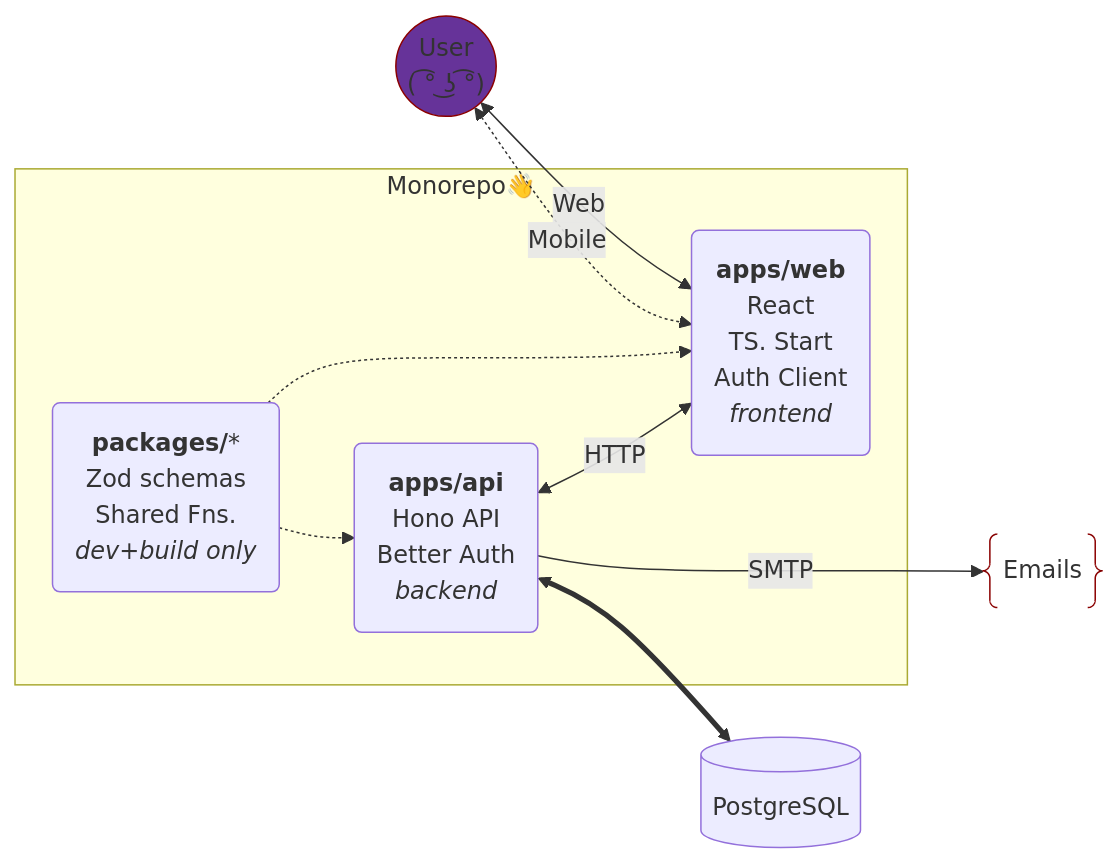
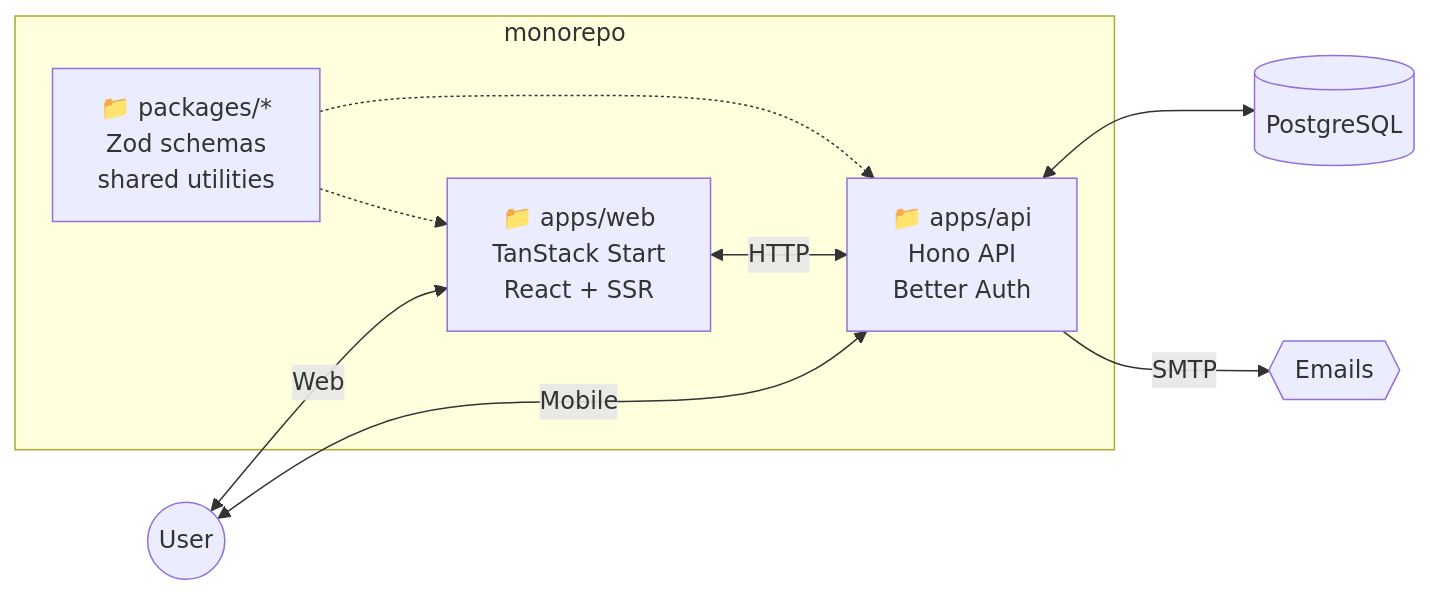
The diagram in README.md (SubZtep/admin-starter), drawn with Mermaid before and after one commit. The commit also changed 1 other file, not shown here.

Commit message:
simpler dia

````diff
--- a/README.md
+++ b/README.md
@@ -13,31 +13,22 @@
 ```mermaid
 flowchart LR
-  subgraph "Monorepo👋"
-  A("`**apps/api**
-  Hono API
-  Better Auth
-  _backend_</small>
-  `")
-  W("`**apps/web**
-  React
-  TS. Start
-  Auth Client
-  _frontend_`")
-  S("`**packages/***
-  Zod schemas
-  Shared Fns.
-  _dev+build only_`")
+  subgraph "monorepo"
+    A["📁 apps/api<br/>Hono API<br/>Better Auth"]
+    W["📁 apps/web<br/>TanStack Start<br/>React + SSR"]
+    S["📁 packages/*<br/>Zod schemas<br/>shared utilities"]
   end
-  U@{ shape: circ, label: "User\n( ͡° ͜ʖ ͡°)" }
-  D@{ shape: cyl, label: "PostgreSQL" }
-  E@{ shape: braces, label: "Emails" }
+
+  U((User))
+  D[(PostgreSQL)]
+  E{{Emails}}
+
+  S -.-> A
+  S -.-> W
+
   U <-->|Web| W
-  U <-.->|Mobile| W
-  S -.-> W
-  S -.-> A
-  A <==> D
-  A <-->|HTTP| W
-  A -- SMTP ---> E
-  style U fill:rebeccapurple,stroke:darkred,stroke-width:1px
-  style E fill:black,stroke:darkred,stroke-style:dashed,stroke-width:1px
+  U <-->|Mobile| A
+
+  W <-->|HTTP| A
+  A <--> D
+  A -->|SMTP| E
 ```
````
